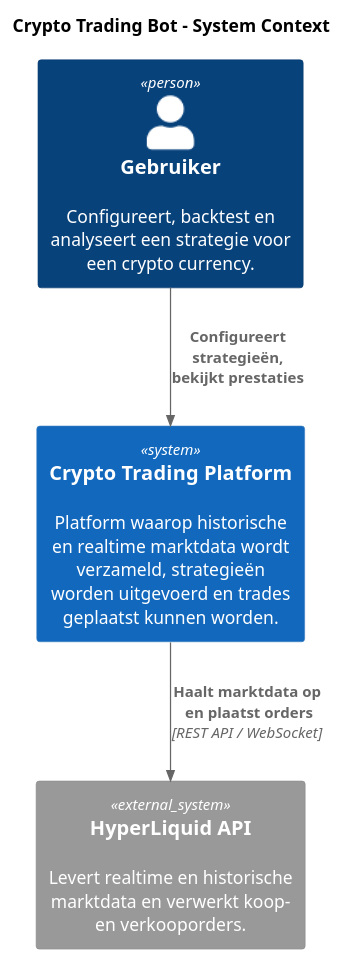
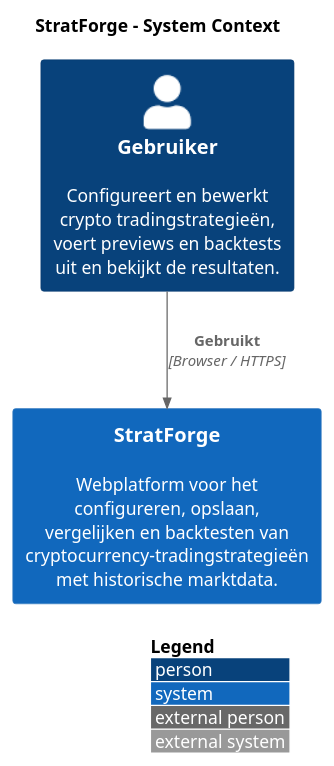
The diagram in docs/c4/c4-context.puml (WVera123/StratForge), drawn with PlantUML before and after one commit. The commit also changed 8 other files, not shown here.

Commit message:
updated c4-diagrams

```diff
--- a/docs/c4/c4-context.puml
+++ b/docs/c4/c4-context.puml
@@ -1,15 +1,14 @@
-@startuml context diagram crypto trading bot
+@startuml context diagram StratForge
 !include <C4/C4_Context>
 
-title Crypto Trading Bot - System Context
+LAYOUT_WITH_LEGEND()
 
-Person(user, "Gebruiker", "Configureert, backtest en analyseert een strategie voor een crypto currency.")
+title StratForge - System Context
 
-System(system, "Crypto Trading Platform", "Platform waarop historische en realtime marktdata wordt verzameld, strategieën worden uitgevoerd en trades geplaatst kunnen worden.")
+Person(user, "Gebruiker", "Configureert en bewerkt crypto tradingstrategieën, voert previews en backtests uit en bekijkt de resultaten.")
 
-System_Ext(broker, "HyperLiquid API", "Levert realtime en historische marktdata en verwerkt koop- en verkooporders.")
+System(stratforge, "StratForge", "Webplatform voor het configureren, opslaan, vergelijken en backtesten van cryptocurrency-tradingstrategieën met historische marktdata.")
 
-Rel(user, system, "Configureert strategieën,\nbekijkt prestaties")
-Rel(system, broker, "Haalt marktdata op\n en plaatst orders", "REST API / WebSocket")
+Rel(user, stratforge, "Gebruikt", "Browser / HTTPS")
 
 @enduml
```
